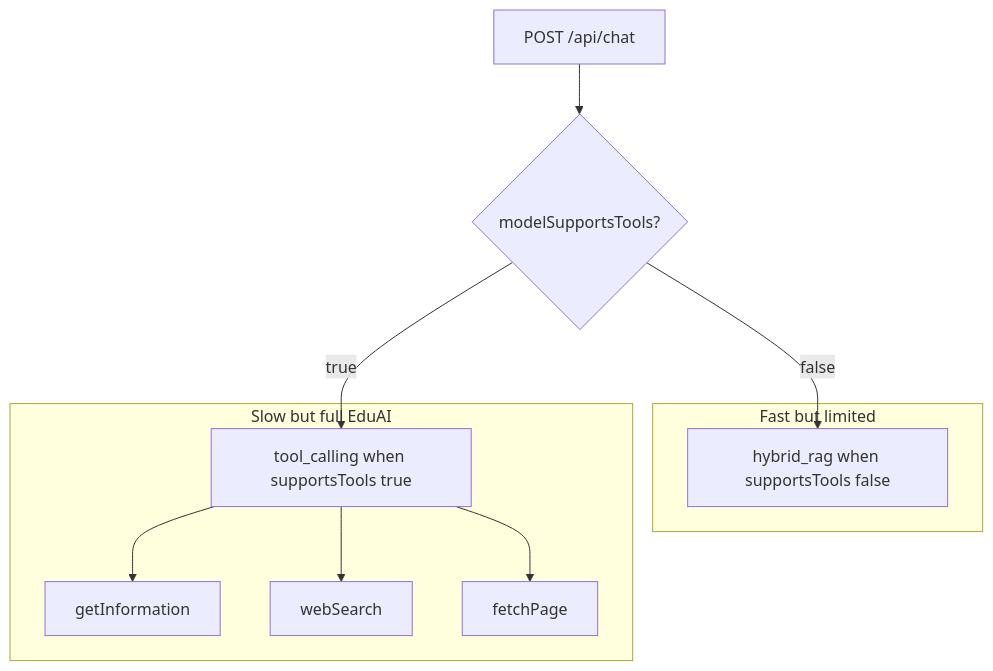
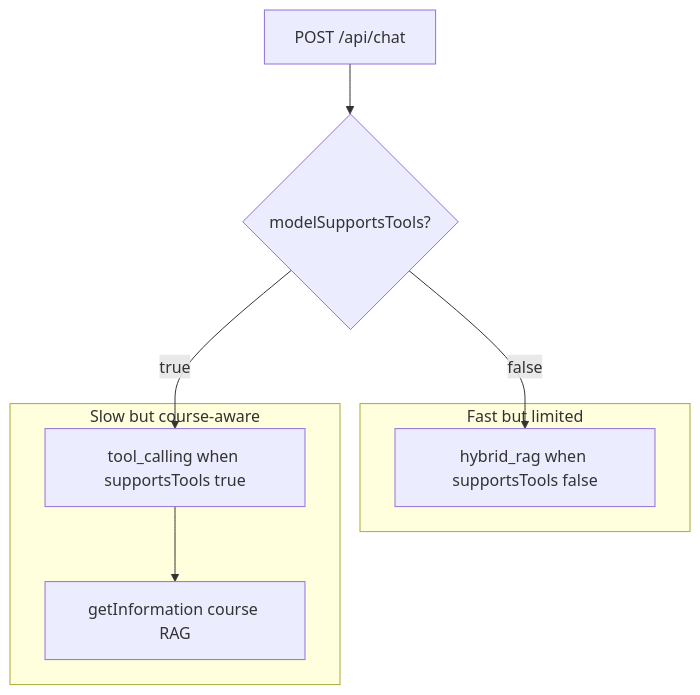
One commit to EduAI-Lab/EduAI changed the first of 2 diagrams in docs/rag-ai/latency/eduai-summer-2026/TEAM_CHAT_LATENCY_SPRINT_GUIDE.md. Above: the diagram before and after it, drawn with Mermaid. The commit also changed other lines of this file and 1 other file, not shown here.

First line of the commit message:
docs(chat-latency): drop web search, switch L02 to dev server, add L10 tier routing

````diff
--- a/docs/rag-ai/latency/eduai-summer-2026/TEAM_CHAT_LATENCY_SPRINT_GUIDE.md
+++ b/docs/rag-ai/latency/eduai-summer-2026/TEAM_CHAT_LATENCY_SPRINT_GUIDE.md
@@ -68,18 +73,14 @@
 ```mermaid
 flowchart TB
   subgraph fast [Fast but limited]
     HY[hybrid_rag when supportsTools false]
   end
-  subgraph slow [Slow but full EduAI]
+  subgraph slow [Slow but course-aware]
     TC[tool_calling when supportsTools true]
-    T1[getInformation]
-    T2[webSearch]
-    T3[fetchPage]
+    T1[getInformation course RAG]
   end
   REQ[POST /api/chat] --> CHECK{modelSupportsTools?}
   CHECK -->|false| HY
   CHECK -->|true| TC
   TC --> T1
-  TC --> T2
-  TC --> T3
 ```
````
